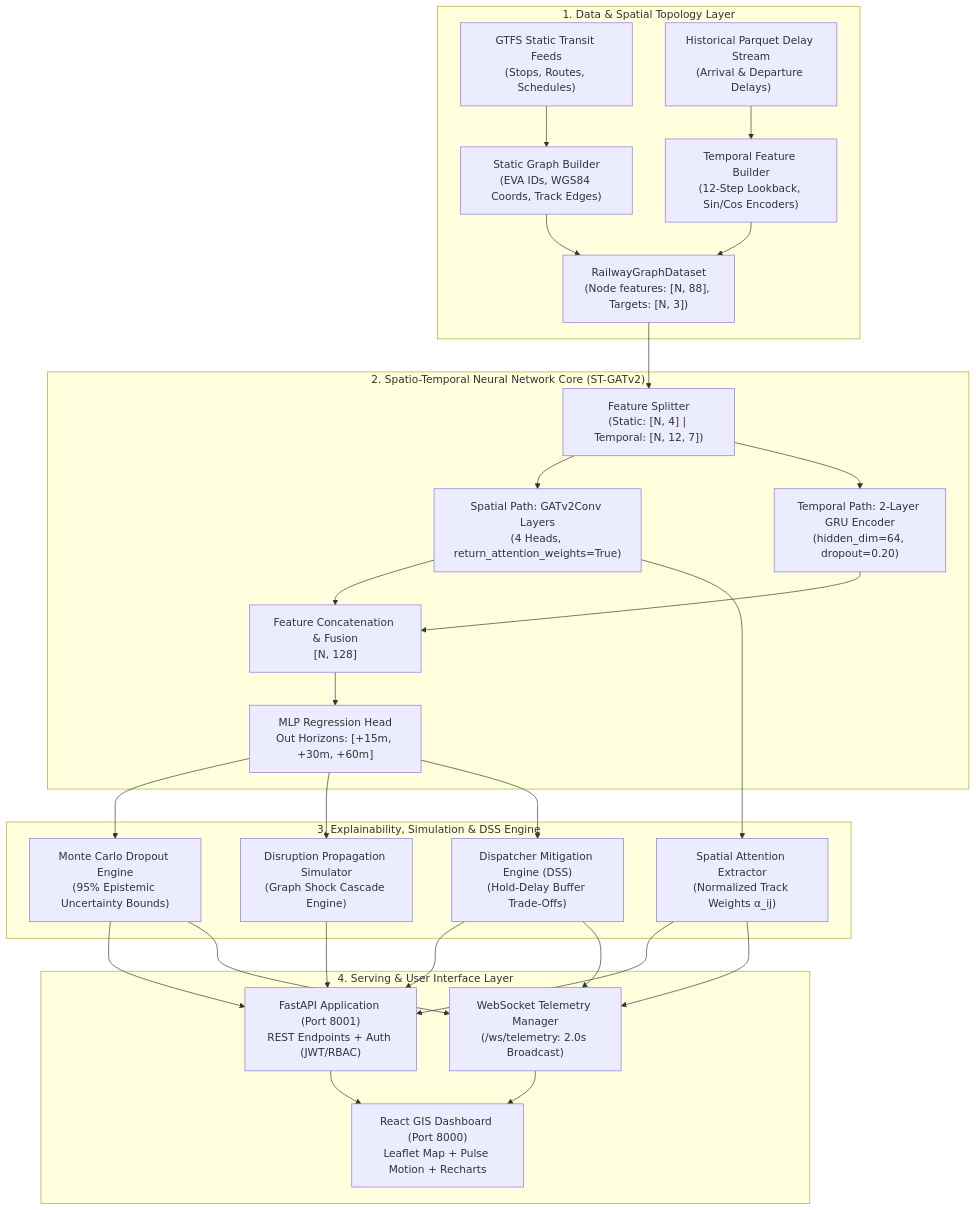
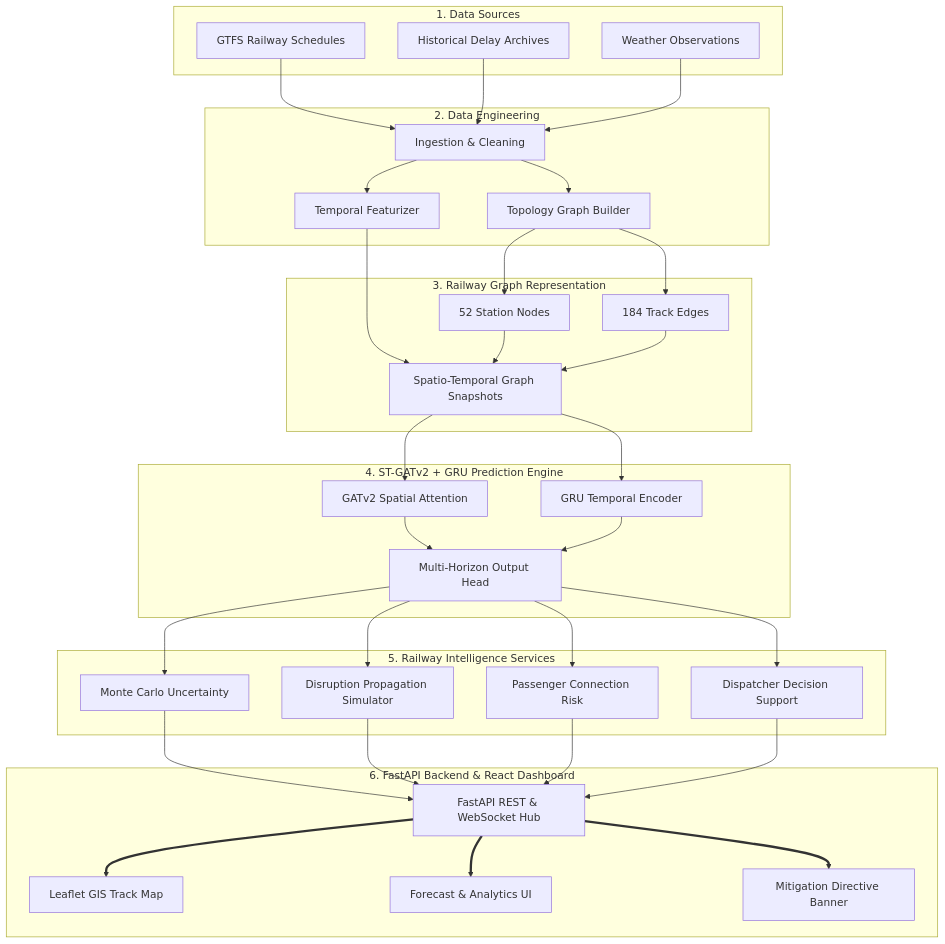
One commit to Devadn11206/RailPulse-AI changed the first of 2 diagrams in README.md. Above: the diagram before and after it, drawn with Mermaid. The commit also changed other lines of this file, not shown here.

Commit message:
docs: embed clean 6-layer architecture diagram image and link mermaid source in README

````diff
--- a/README.md
+++ b/README.md
@@ -92,29 +99,50 @@
 ```mermaid
 flowchart TD
-    subgraph Data_Layer ["1. Data & Spatial Topology Layer"]
-        A1["GTFS Static Transit Feeds<br/>(Stops, Routes, Schedules)"] --> B1["Static Graph Builder<br/>(EVA IDs, WGS84 Coords, Track Edges)"]
-        A2["Historical Parquet Delay Stream<br/>(Arrival & Departure Delays)"] --> B2["Temporal Feature Builder<br/>(12-Step Lookback, Sin/Cos Encoders)"]
-        B1 & B2 --> C1["RailwayGraphDataset<br/>(Node features: [N, 88], Targets: [N, 3])"]
+    subgraph L1 ["1. Data Sources"]
+        D1["GTFS Railway Schedules"]
+        D2["Historical Delay Archives"]
+        D3["Weather Observations"]
     end
 
-    subgraph Neural_Core ["2. Spatio-Temporal Neural Network Core (ST-GATv2)"]
-        C1 --> D1["Feature Splitter<br/>(Static: [N, 4] | Temporal: [N, 12, 7])"]
-        D1 --> E1["Spatial Path: GATv2Conv Layers<br/>(4 Heads, return_attention_weights=True)"]
-        D1 --> E2["Temporal Path: 2-Layer GRU Encoder<br/>(hidden_dim=64, dropout=0.20)"]
-        E1 & E2 --> F1["Feature Concatenation & Fusion<br/>[N, 128]"]
-        F1 --> G1["MLP Regression Head<br/>Out Horizons: [+15m, +30m, +60m]"]
+    subgraph L2 ["2. Data Engineering"]
+        E1["Ingestion & Cleaning"]
+        E2["Temporal Featurizer"]
+        E3["Topology Graph Builder"]
     end
 
-    subgraph Analytics_Layer ["3. Explainability, Simulation & DSS Engine"]
-        G1 --> H1["Monte Carlo Dropout Engine<br/>(95% Epistemic Uncertainty Bounds)"]
-        E1 --> H2["Spatial Attention Extractor<br/>(Normalized Track Weights α_ij)"]
-        G1 --> H3["Disruption Propagation Simulator<br/>(Graph Shock Cascade Engine)"]
-        G1 --> H4["Dispatcher Mitigation Engine (DSS)<br/>(Hold-Delay Buffer Trade-Offs)"]
+    subgraph L3 ["3. Railway Graph Representation"]
+        G1["52 Station Nodes"]
+        G2["184 Track Edges"]
+        G3["Spatio-Temporal Graph Snapshots"]
     end
 
-    subgraph Service_Layer ["4. Serving & User Interface Layer"]
-        H1 & H2 & H3 & H4 --> I1["FastAPI Application (Port 8001)<br/>REST Endpoints + Auth (JWT/RBAC)"]
-        H1 & H2 & H4 --> I2["WebSocket Telemetry Manager<br/>(/ws/telemetry: 2.0s Broadcast)"]
-        I1 & I2 --> J1["React GIS Dashboard (Port 8000)<br/>Leaflet Map + Pulse Motion + Recharts"]
+    subgraph L4 ["4. ST-GATv2 + GRU Prediction Engine"]
+        M1["GATv2 Spatial Attention"]
+        M2["GRU Temporal Encoder"]
+        M3["Multi-Horizon Output Head"]
     end
+
+    subgraph L5 ["5. Railway Intelligence Services"]
+        S1["Monte Carlo Uncertainty"]
+        S2["Disruption Propagation Simulator"]
+        S3["Passenger Connection Risk"]
+        S4["Dispatcher Decision Support"]
+    end
+
+    subgraph L6 ["6. FastAPI Backend & React Dashboard"]
+        B1["FastAPI REST & WebSocket Hub"]
+        B2["Leaflet GIS Track Map"]
+        B3["Forecast & Analytics UI"]
+        B4["Mitigation Directive Banner"]
+    end
+
+    D1 & D2 & D3 --> E1
+    E1 --> E2 & E3
+    E3 --> G1 & G2
+    E2 & G1 & G2 --> G3
+    G3 --> M1 & M2
+    M1 & M2 --> M3
+    M3 --> S1 & S2 & S3 & S4
+    S1 & S2 & S3 & S4 --> B1
+    B1 ==> B2 & B3 & B4
 ```
````
